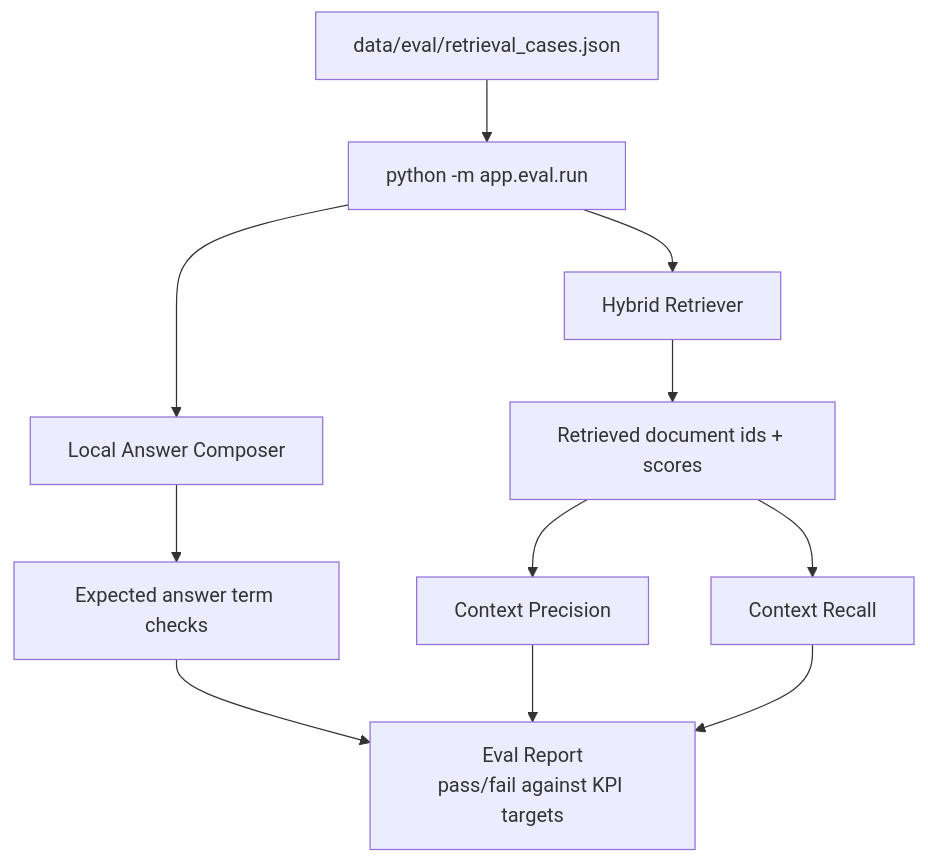
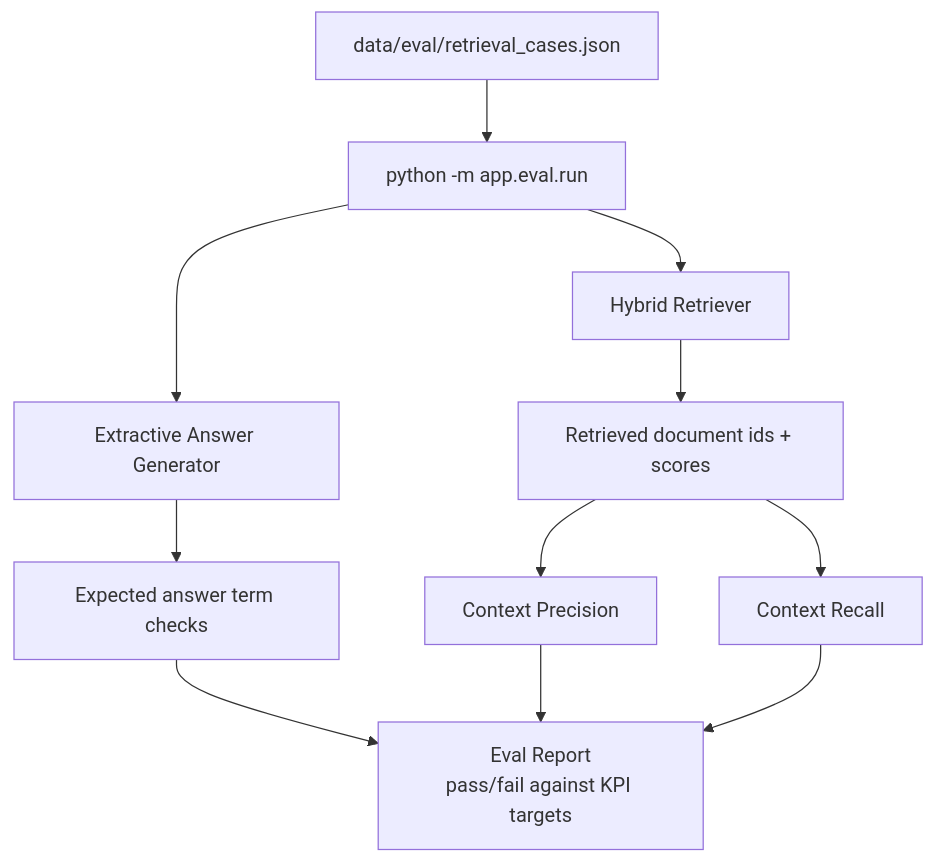
The fourth of 7 diagrams in docs/flow-diagrams.md (lnrdwarampudis-git/rag-saas-docs-ingestion-poc), drawn with Mermaid before and after one commit. The commit also changed other lines of this file and 9 other files, not shown here.

````diff
--- a/docs/flow-diagrams.md
+++ b/docs/flow-diagrams.md
@@ -94,13 +95,13 @@
 ```mermaid
 flowchart TD
   dataset["data/eval/retrieval_cases.json"] --> runner["python -m app.eval.run"]
   runner --> retriever["Hybrid Retriever"]
   retriever --> citations["Retrieved document ids + scores"]
-  runner --> answer["Local Answer Composer"]
+  runner --> answer["Extractive Answer Generator"]
   answer --> relevance["Expected answer term checks"]
   citations --> precision["Context Precision"]
   citations --> recall["Context Recall"]
   relevance --> report["Eval Report<br/>pass/fail against KPI targets"]
   precision --> report
   recall --> report
 ```
````
